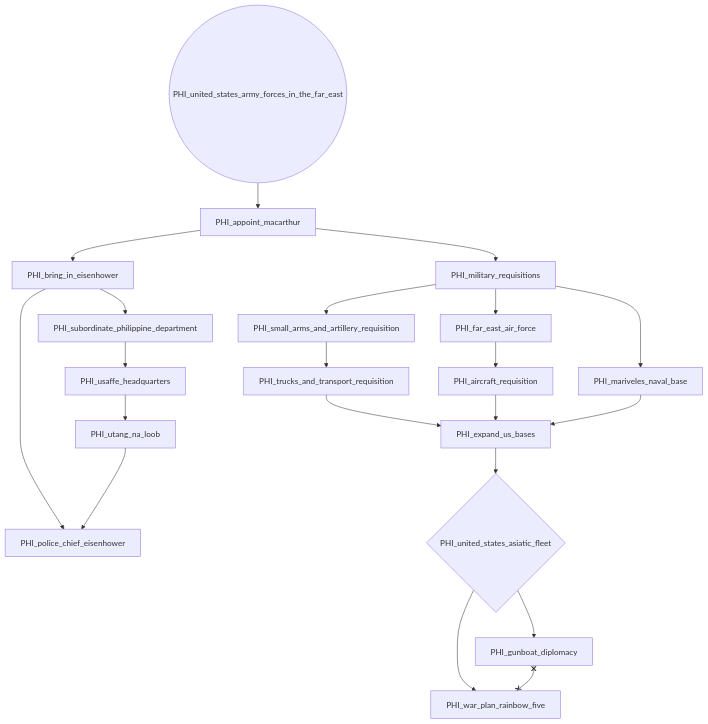
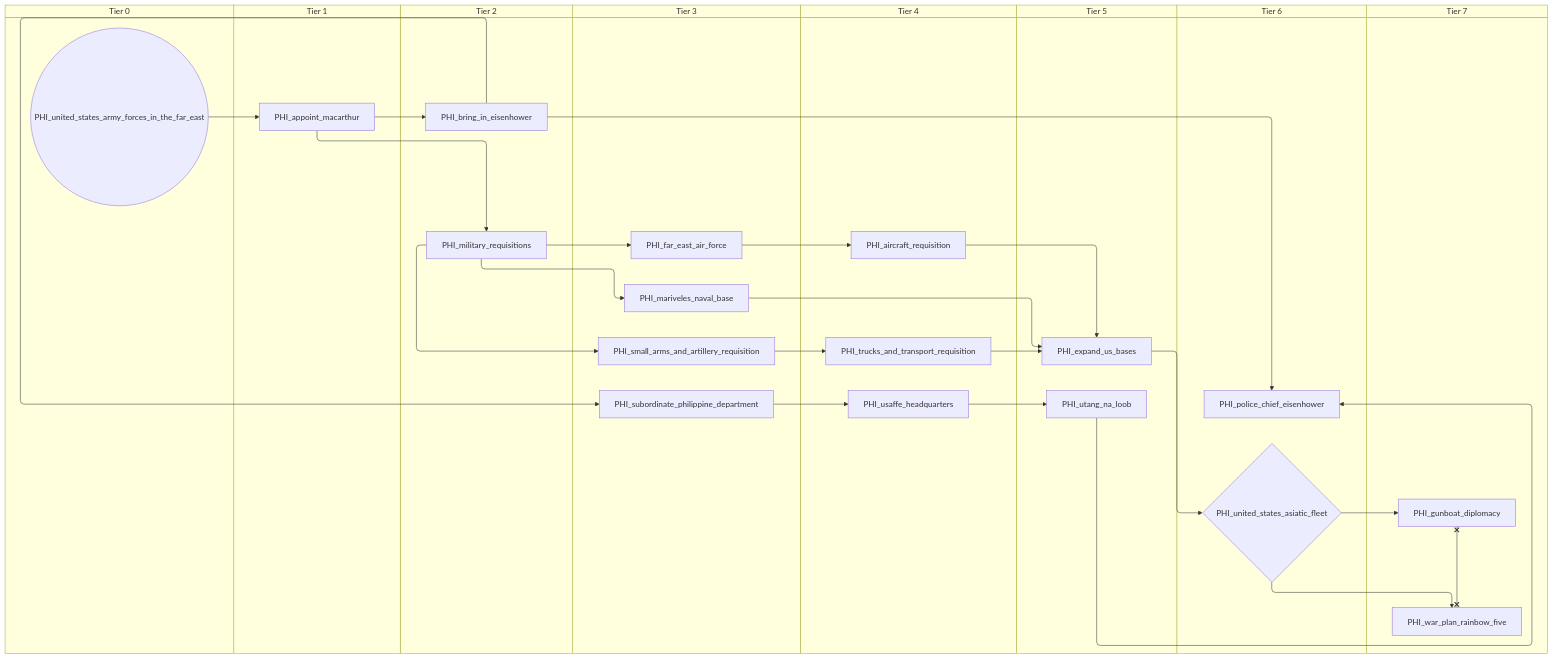
Before and after one commit to evgeny-sobol/hoi4-sandbox-mode: the seventh of 7 diagrams in docs/gdd/National Focuses/philippines.md, drawn with Mermaid. The commit also changed other lines of this file and 80 other files, not shown here.

First line of the commit message:
Add swimlane mode to focus graph exporter

````diff
--- a/docs/gdd/National Focuses/philippines.md
+++ b/docs/gdd/National Focuses/philippines.md
@@ -468,40 +570,56 @@
 ```mermaid
-flowchart TD
-    n153["PHI_aircraft_requisition"]
-    n154["PHI_appoint_macarthur"]
-    n155["PHI_bring_in_eisenhower"]
-    n156["PHI_expand_us_bases"]
-    n157["PHI_far_east_air_force"]
-    n158["PHI_gunboat_diplomacy"]
-    n159["PHI_mariveles_naval_base"]
-    n160["PHI_military_requisitions"]
-    n161["PHI_police_chief_eisenhower"]
-    n162["PHI_small_arms_and_artillery_requisition"]
-    n163["PHI_subordinate_philippine_department"]
-    n164["PHI_trucks_and_transport_requisition"]
-    n165(("PHI_united_states_army_forces_in_the_far_east"))
-    n166{"PHI_united_states_asiatic_fleet"}
-    n167["PHI_usaffe_headquarters"]
-    n168["PHI_utang_na_loob"]
-    n169["PHI_war_plan_rainbow_five"]
-    n157 --> n153
-    n165 --> n154
+swimlane-beta TD
+    subgraph tier_0["Tier 0"]
+        n153(("PHI_united_states_army_forces_in_the_far_east"))
+    end
+    subgraph tier_1["Tier 1"]
+        n154["PHI_appoint_macarthur"]
+    end
+    subgraph tier_2["Tier 2"]
+        n155["PHI_bring_in_eisenhower"]
+        n156["PHI_military_requisitions"]
+    end
+    subgraph tier_3["Tier 3"]
+        n157["PHI_far_east_air_force"]
+        n158["PHI_mariveles_naval_base"]
+        n159["PHI_small_arms_and_artillery_requisition"]
+        n160["PHI_subordinate_philippine_department"]
+    end
+    subgraph tier_4["Tier 4"]
+        n161["PHI_aircraft_requisition"]
+        n162["PHI_trucks_and_transport_requisition"]
+        n163["PHI_usaffe_headquarters"]
+    end
+    subgraph tier_5["Tier 5"]
+        n164["PHI_expand_us_bases"]
+        n165["PHI_utang_na_loob"]
+    end
+    subgraph tier_6["Tier 6"]
+        n166["PHI_police_chief_eisenhower"]
+        n167{"PHI_united_states_asiatic_fleet"}
+    end
+    subgraph tier_7["Tier 7"]
+        n168["PHI_gunboat_diplomacy"]
+        n169["PHI_war_plan_rainbow_five"]
+    end
+    n157 --> n161
+    n153 --> n154
     n154 --> n155
-    n164 --> n156
-    n153 --> n156
-    n159 --> n156
-    n160 --> n157
-    n166 --> n158
-    n160 --> n159
-    n154 --> n160
-    n155 --> n161
-    n168 --> n161
-    n160 --> n162
-    n155 --> n163
     n162 --> n164
-    n156 --> n166
-    n163 --> n167
+    n161 --> n164
+    n158 --> n164
+    n156 --> n157
     n167 --> n168
-    n166 --> n169
-    n158 x--x n169
+    n156 --> n158
+    n154 --> n156
+    n155 --> n166
+    n165 --> n166
+    n156 --> n159
+    n155 --> n160
+    n159 --> n162
+    n164 --> n167
+    n160 --> n163
+    n163 --> n165
+    n167 --> n169
+    n168 x--x n169
 ```
````
